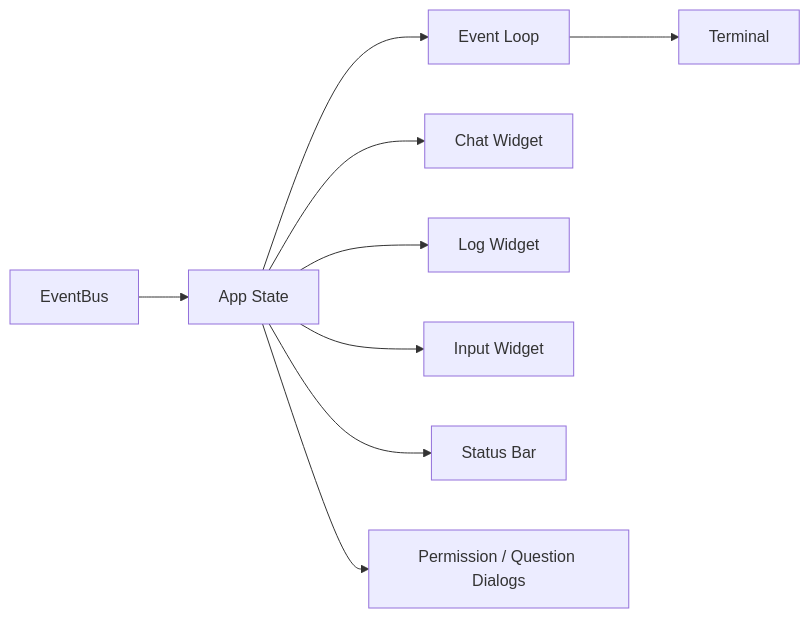
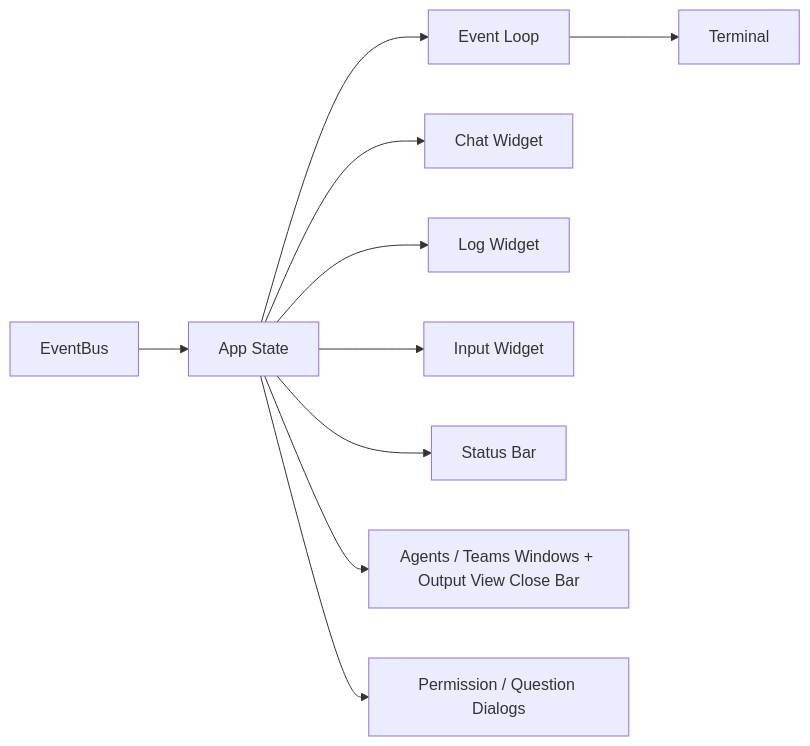
Before and after one commit to thawkins/ragent: diagram 12 of 20 in SPEC.md, drawn with Mermaid. The commit also changed other lines of this file and 175 other files, not shown here.

````diff
--- a/SPEC.md
+++ b/SPEC.md
@@ -1978,11 +1992,12 @@
 ```mermaid
 graph LR
     App[App State] --> EventLoop[Event Loop]
     EventLoop --> Terminal[Terminal]
     App --> Chat[Chat Widget]
     App --> Log[Log Widget]
     App --> Input[Input Widget]
     App --> Status[Status Bar]
+    App --> Windows[Agents / Teams Windows + Output View Close Bar]
     App --> Dialogs[Permission / Question Dialogs]
     EventBus --> App
 ```
````
